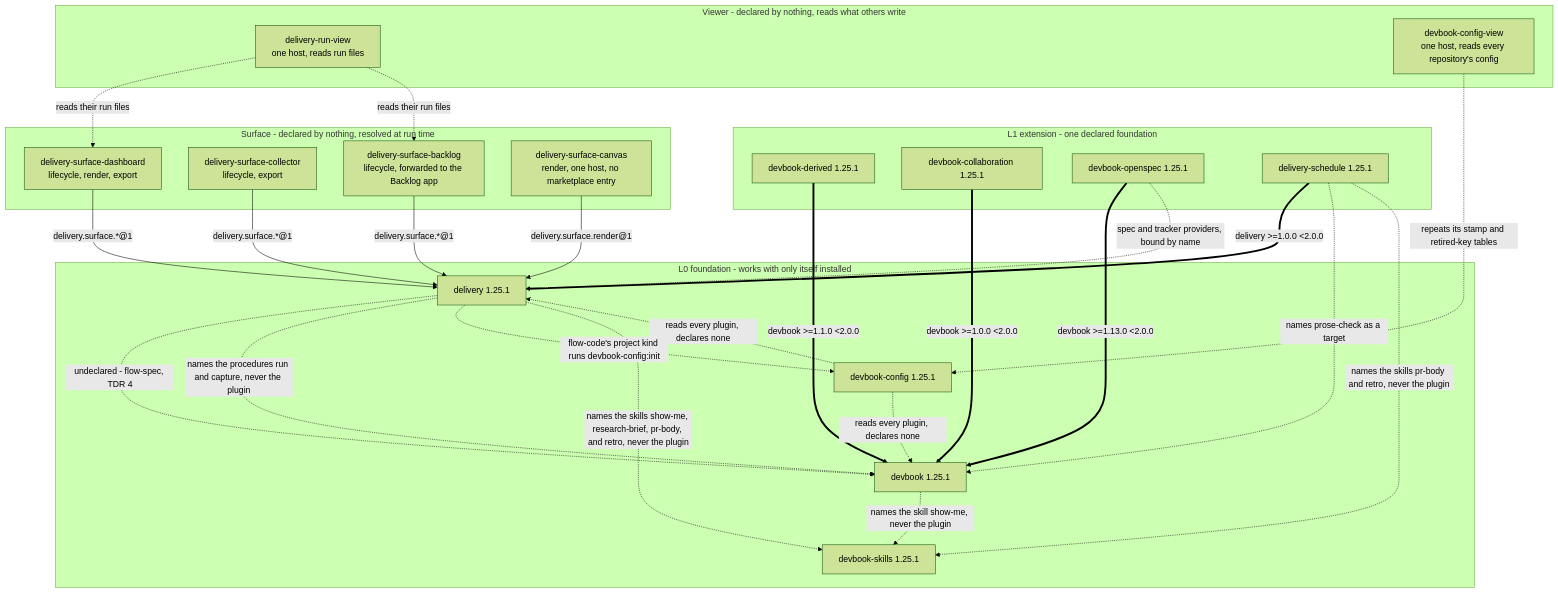
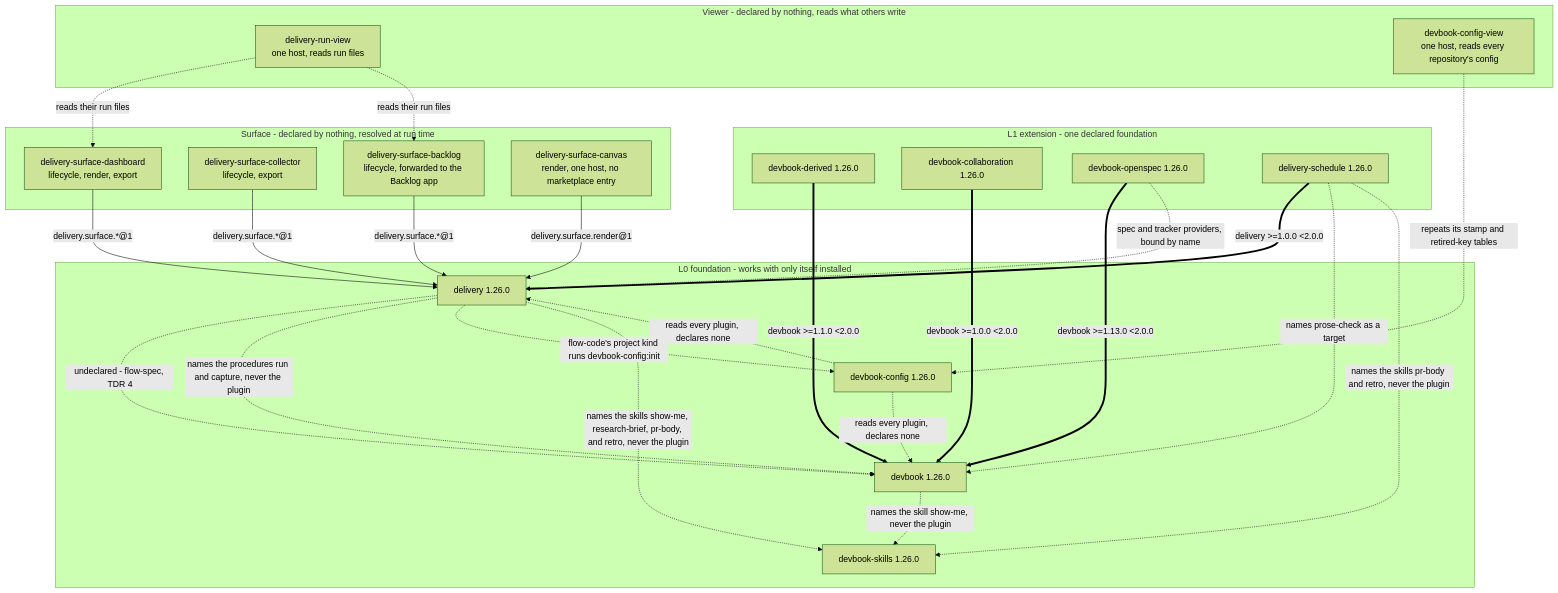
The first of 3 diagrams in .devbook/arc42/05-building-block-view.md (JSdotNet/devbook), drawn with Mermaid (forest theme) before and after one commit. The commit also changed 27 other files, not shown here.

````diff
--- a/.devbook/arc42/05-building-block-view.md
+++ b/.devbook/arc42/05-building-block-view.md
@@ -29,52 +29,52 @@
 ```mermaid
 flowchart TB
     subgraph L0["L0 foundation - works with only itself installed"]
-        DEV["devbook 1.25.1"]
-        DEL["delivery 1.25.1"]
-        CFG["devbook-config 1.25.1"]
-        SKL["devbook-skills 1.25.1"]
+        DEV["devbook 1.26.0"]
+        DEL["delivery 1.26.0"]
+        CFG["devbook-config 1.26.0"]
+        SKL["devbook-skills 1.26.0"]
     end
 
     subgraph L1["L1 extension - one declared foundation"]
-        DBD["devbook-derived 1.25.1"]
-        DBC["devbook-collaboration 1.25.1"]
-        DOS["devbook-openspec 1.25.1"]
-        SCH["delivery-schedule 1.25.1"]
+        DBD["devbook-derived 1.26.0"]
+        DBC["devbook-collaboration 1.26.0"]
+        DOS["devbook-openspec 1.26.0"]
+        SCH["delivery-schedule 1.26.0"]
     end
 
     subgraph SURF["Surface - declared by nothing, resolved at run time"]
         SD["delivery-surface-dashboard<br/>lifecycle, render, export"]
         SL["delivery-surface-collector<br/>lifecycle, export"]
         SB["delivery-surface-backlog<br/>lifecycle, forwarded to the Backlog app"]
         SC["delivery-surface-canvas<br/>render, one host, no marketplace entry"]
     end
 
     subgraph VIEW["Viewer - declared by nothing, reads what others write"]
         RV["delivery-run-view<br/>one host, reads run files"]
         CV["devbook-config-view<br/>one host, reads every repository's config"]
     end
 
     DBD ==>|"devbook >=1.1.0 &lt;2.0.0"| DEV
     DBC ==>|"devbook >=1.0.0 &lt;2.0.0"| DEV
     DOS ==>|"devbook >=1.13.0 &lt;2.0.0"| DEV
     SCH ==>|"delivery >=1.0.0 &lt;2.0.0"| DEL
 
     SD -->|"delivery.surface.*@1"| DEL
     SL -->|"delivery.surface.*@1"| DEL
     SB -->|"delivery.surface.*@1"| DEL
     SC -->|"delivery.surface.render@1"| DEL
     RV -.->|"reads their run files"| SD
     RV -.->|"reads their run files"| SB
     CV -.->|"repeats its stamp and retired-key tables"| CFG
 
     SCH -.->|"names prose-check as a target"| DEV
     DEL -.->|"undeclared - flow-spec, TDR 4"| DEV
     DEL -.->|"names the procedures run and capture, never the plugin"| DEV
     CFG -.->|"reads every plugin, declares none"| DEV
     CFG -.->|"reads every plugin, declares none"| DEL
     DEL -.->|"flow-code's project kind runs devbook-config:init"| CFG
     DOS -.->|"spec and tracker providers, bound by name"| DEL
     DEV -.->|"names the skill show-me, never the plugin"| SKL
     DEL -.->|"names the skills show-me, research-brief, pr-body, and retro, never the plugin"| SKL
     SCH -.->|"names the skills pr-body and retro, never the plugin"| SKL
 ```
````
